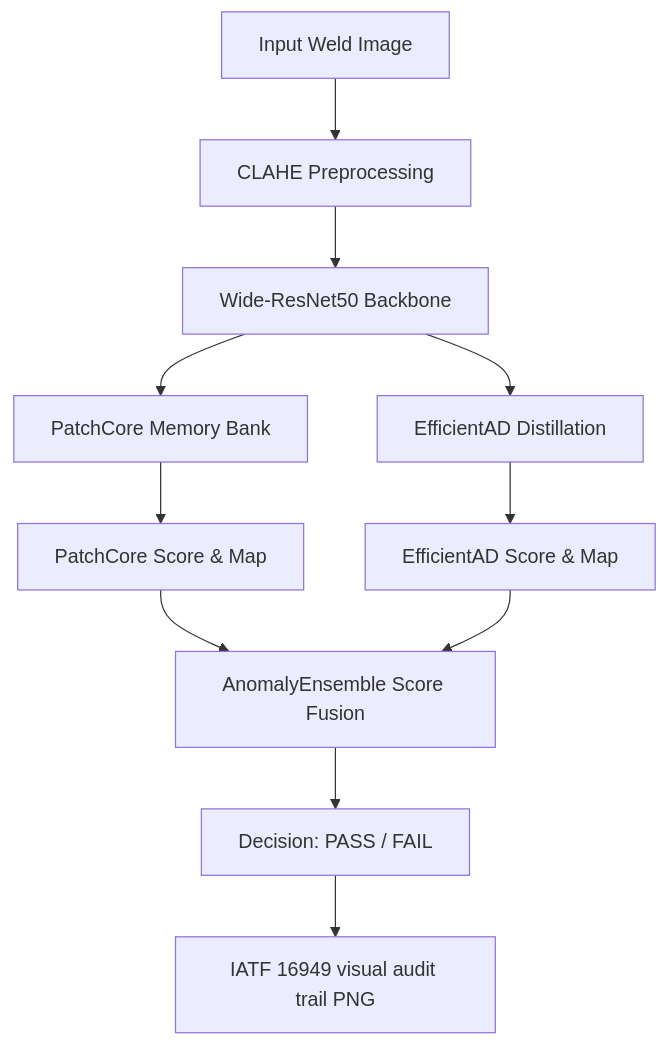
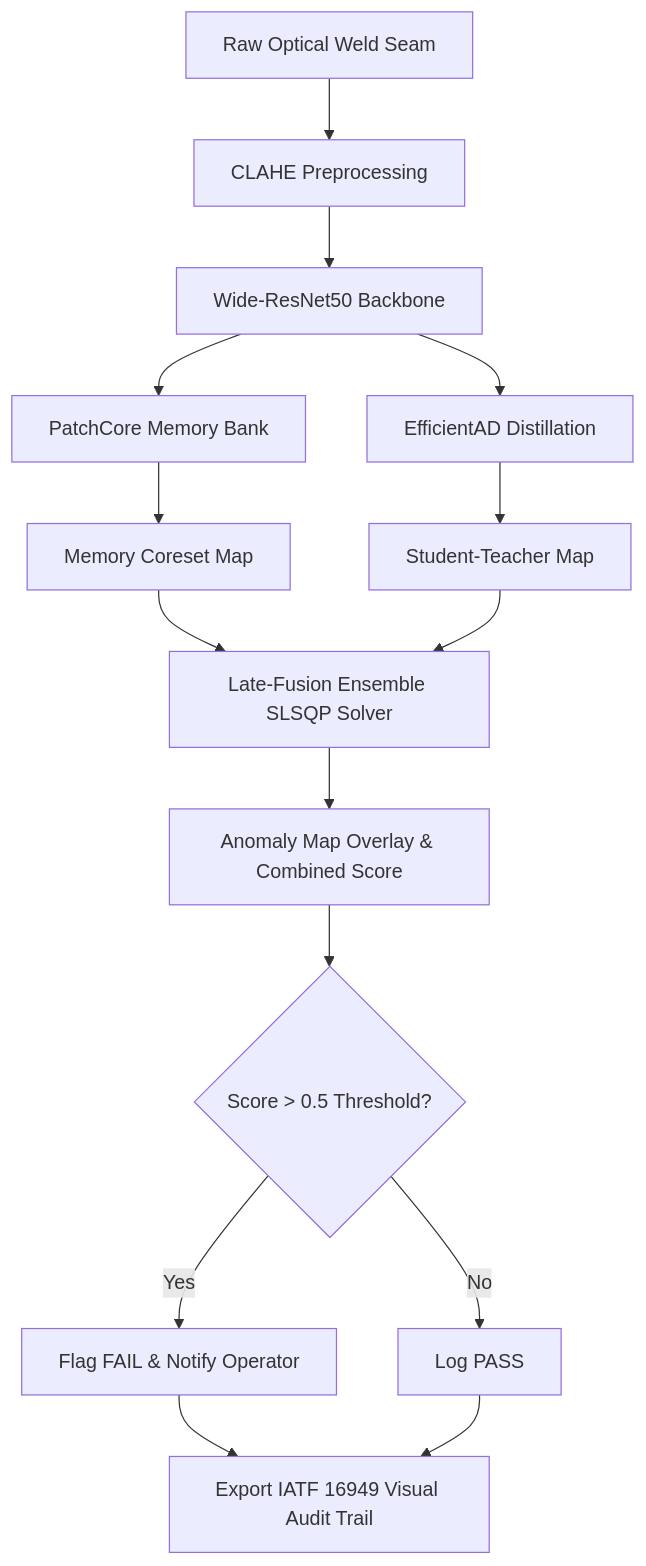
The diagram in README.md (shaikhadibbb/AutoWeld-Vision), drawn with Mermaid before and after one commit. The commit also changed other lines of this file and 5 other files, not shown here.

````diff
--- a/README.md
+++ b/README.md
@@ -44,12 +41,15 @@
 ```mermaid
 graph TD
-    A[Input Weld Image] --> B[CLAHE Preprocessing]
+    A[Raw Optical Weld Seam] --> B[CLAHE Preprocessing]
     B --> C[Wide-ResNet50 Backbone]
     C --> D[PatchCore Memory Bank]
     C --> E[EfficientAD Distillation]
-    D --> F[PatchCore Score & Map]
-    E --> G[EfficientAD Score & Map]
-    F & G --> H[AnomalyEnsemble Score Fusion]
-    H --> I[Decision: PASS / FAIL]
-    I --> J[IATF 16949 visual audit trail PNG]
+    D --> F[Memory Coreset Map]
+    E --> G[Student-Teacher Map]
+    F & G --> H[Late-Fusion Ensemble SLSQP Solver]
+    H --> I[Anomaly Map Overlay & Combined Score]
+    I --> K{Score > 0.5 Threshold?}
+    K -- Yes --> L[Flag FAIL & Notify Operator]
+    K -- No --> M[Log PASS]
+    L & M --> N[Export IATF 16949 Visual Audit Trail]
 ```
````
